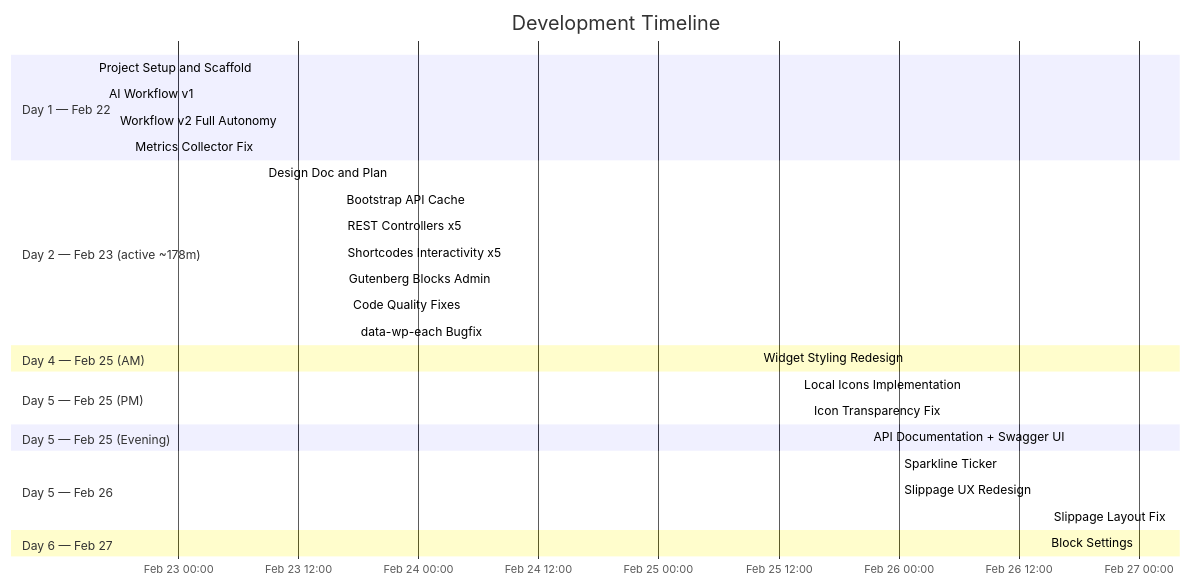
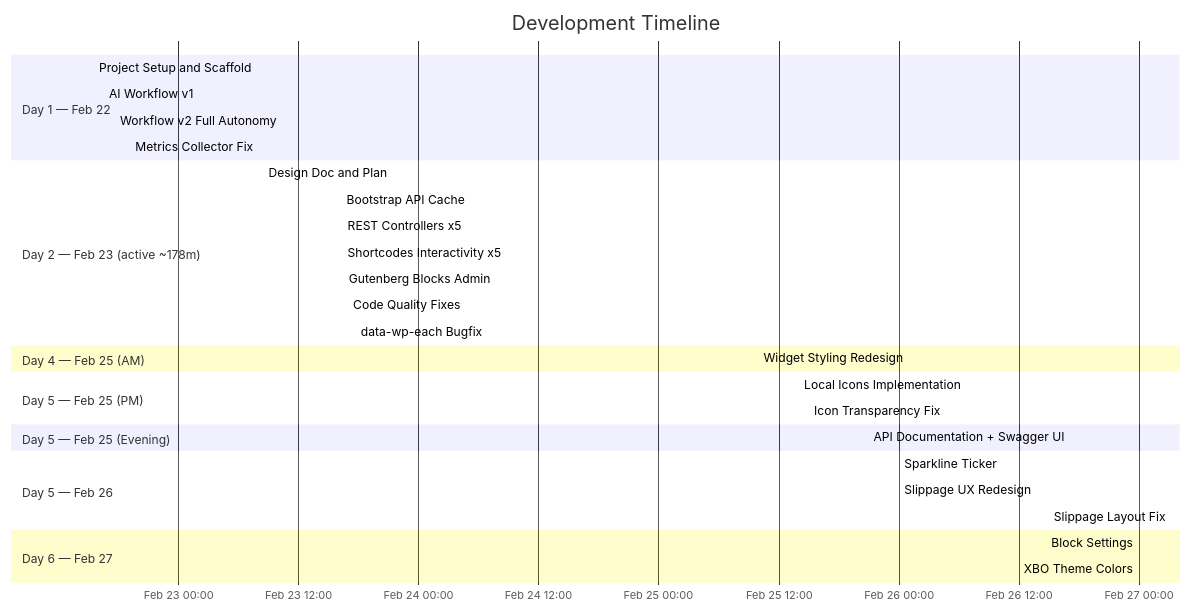
One commit to atlantdak/claude-code-hackathon-xbo-market-kit changed the third of 7 diagrams in README.md. Above: the diagram before and after it, drawn with Mermaid. The commit also changed other lines of this file and 2 other files, not shown here.

````diff
--- a/README.md
+++ b/README.md
@@ -88,32 +91,33 @@
 ```mermaid
 gantt
     title Development Timeline
     dateFormat YYYY-MM-DD HH:mm
     axisFormat %b %d %H:%M
     section Day 1 — Feb 22
     Project Setup and Scaffold   :done, setup, 2026-02-22 15:33, 62min
     AI Workflow v1               :done, wf1, 2026-02-22 16:35, 66min
     Workflow v2 Full Autonomy    :done, wf2, 2026-02-22 17:41, 90min
     Metrics Collector Fix        :done, fix, 2026-02-22 19:11, 18min
     section Day 2 — Feb 23 (active ~178m)
     Design Doc and Plan          :done, plan, 2026-02-23 08:26, 128min
     Bootstrap API Cache          :done, core, 2026-02-23 16:18, 5min
     REST Controllers x5          :done, rest, 2026-02-23 16:22, 4min
     Shortcodes Interactivity x5  :done, sc, 2026-02-23 16:26, 5min
     Gutenberg Blocks Admin       :done, blk, 2026-02-23 16:31, 23min
     Code Quality Fixes           :done, qa, 2026-02-23 16:54, 52min
     data-wp-each Bugfix          :done, bugfix, 2026-02-23 17:46, 1min
     section Day 4 — Feb 25 (AM)
     Widget Styling Redesign    :done, style, 2026-02-25 10:00, 34min
     section Day 5 — Feb 25 (PM)
     Local Icons Implementation :done, icons, 2026-02-25 14:00, 53min
     Icon Transparency Fix      :done, iconfix, 2026-02-25 15:00, 5min
     section Day 5 — Feb 25 (Evening)
     API Documentation + Swagger UI :done, apidocs, 2026-02-25 21:00, 70min
     section Day 5 — Feb 26
     Sparkline Ticker              :done, sparkline, 2026-02-26 00:00, 60min
     Slippage UX Redesign          :done, slippage, 2026-02-26 00:00, 60min
     Slippage Layout Fix           :done, slipfix, 2026-02-26 15:00, 30min
     section Day 6 — Feb 27
     Block Settings                :done, blocksettings, 2026-02-27 00:00, 55min
+    XBO Theme Colors             :done, xbotheme, 2026-02-27 00:00, 15min
 ```
````
